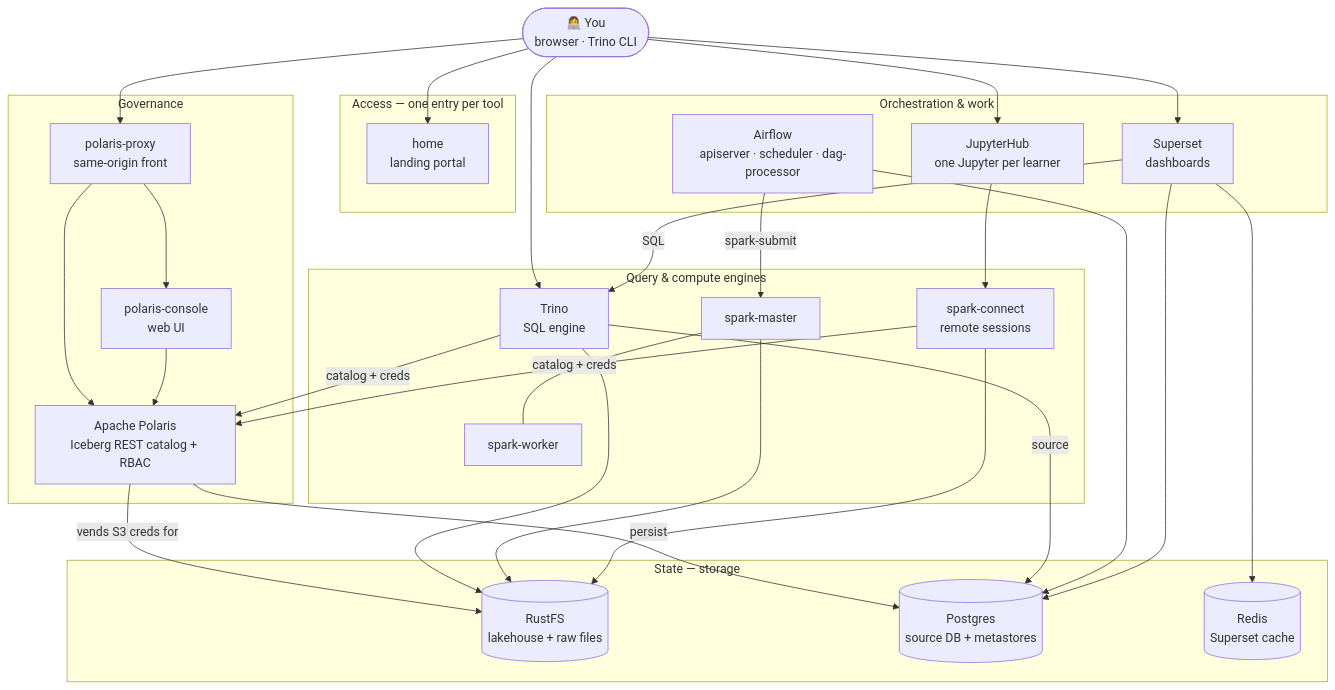
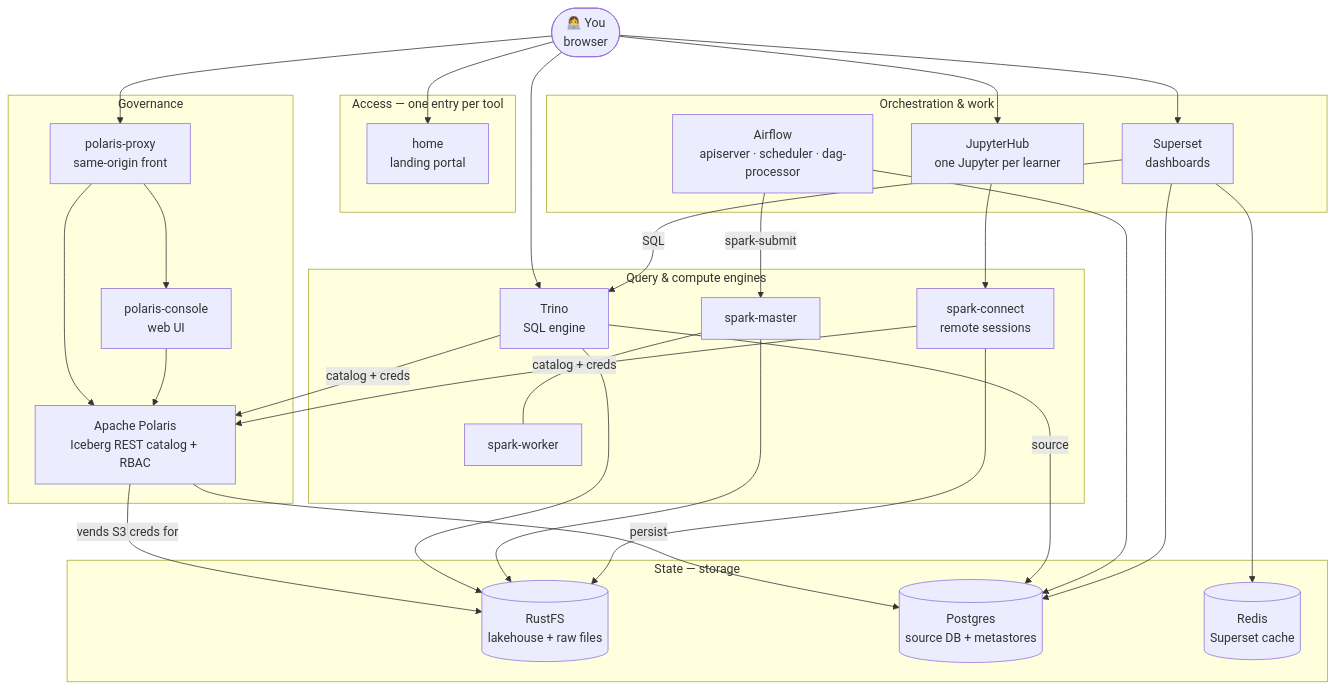
One commit to maarthala/databrick-local-simulator changed the diagram in training/docs/unit0/stack.md. Above: the diagram before and after it, drawn with Mermaid. The commit also changed other lines of this file and 31 other files, not shown here.

First line of the commit message:
Trino per user: learners query only through SQLPad / Superset, as themselves

````diff
--- a/training/docs/unit0/stack.md
+++ b/training/docs/unit0/stack.md
@@ -9,53 +9,53 @@
 ```mermaid
 flowchart TB
-  USER([👩‍💻 You<br/>browser · Trino CLI])
+  USER([👩‍💻 You<br/>browser])
 
   subgraph EDGE["Access — one entry per tool"]
     HOME[home<br/>landing portal]
   end
 
   subgraph GOV["Governance"]
     PX[polaris-proxy<br/>same-origin front]
     PC[polaris-console<br/>web UI]
     POL[Apache Polaris<br/>Iceberg REST catalog + RBAC]
     PX --> PC
     PX --> POL
     PC --> POL
   end
 
   subgraph ENG["Query & compute engines"]
     TR[Trino<br/>SQL engine]
     SM[spark-master] --- SW[spark-worker]
     SC[spark-connect<br/>remote sessions]
   end
 
   subgraph ORCH["Orchestration & work"]
     AF[Airflow<br/>apiserver · scheduler · dag-processor]
     JUP[JupyterHub<br/>one Jupyter per learner]
     SUP[Superset<br/>dashboards]
   end
 
   subgraph DATA["State — storage"]
     MIN[(RustFS<br/>lakehouse + raw files)]
     PGS[(Postgres<br/>source DB + metastores)]
     RDS[(Redis<br/>Superset cache)]
   end
 
   USER --> HOME
   USER --> TR & SUP & JUP & PX
 
   TR -->|catalog + creds| POL
   SC -->|catalog + creds| POL
   AF -->|spark-submit| SM
   JUP --> SC
   SUP -->|SQL| TR
 
   POL -->|persist| PGS
   POL -->|vends S3 creds for| MIN
   TR --> MIN
   SM --> MIN
   SC --> MIN
   TR -->|source| PGS
   AF --> PGS
   SUP --> PGS & RDS
 ```
````
